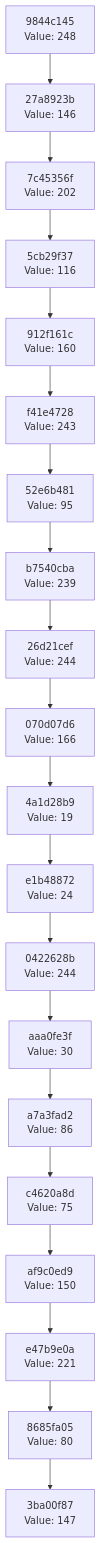
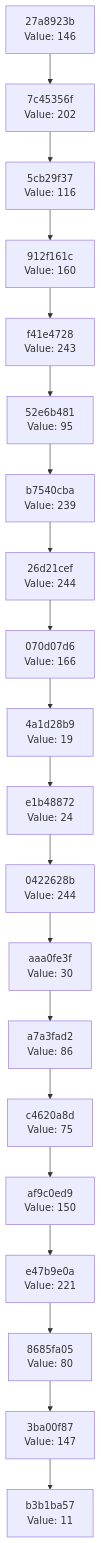
One commit to Abhisheksinha1506/hash-chain-evolver changed the diagram in docs/CHAIN_VISUALIZATION.md. Above: the diagram before and after it, drawn with Mermaid. The commit also changed 2 other files, not shown here.

Commit message:
Evolution step: hash 0x0B → action executed

````diff
--- a/docs/CHAIN_VISUALIZATION.md
+++ b/docs/CHAIN_VISUALIZATION.md
@@ -3,42 +3,42 @@
 ```mermaid
 graph TD
-    C0["3ba00f87<br/>Value: 147"]
-    C1["8685fa05<br/>Value: 80"]
+    C0["b3b1ba57<br/>Value: 11"]
+    C1["3ba00f87<br/>Value: 147"]
     C1 --> C0
-    C2["e47b9e0a<br/>Value: 221"]
+    C2["8685fa05<br/>Value: 80"]
     C2 --> C1
-    C3["af9c0ed9<br/>Value: 150"]
+    C3["e47b9e0a<br/>Value: 221"]
     C3 --> C2
-    C4["c4620a8d<br/>Value: 75"]
+    C4["af9c0ed9<br/>Value: 150"]
     C4 --> C3
-    C5["a7a3fad2<br/>Value: 86"]
+    C5["c4620a8d<br/>Value: 75"]
     C5 --> C4
-    C6["aaa0fe3f<br/>Value: 30"]
+    C6["a7a3fad2<br/>Value: 86"]
     C6 --> C5
-    C7["0422628b<br/>Value: 244"]
+    C7["aaa0fe3f<br/>Value: 30"]
     C7 --> C6
-    C8["e1b48872<br/>Value: 24"]
+    C8["0422628b<br/>Value: 244"]
     C8 --> C7
-    C9["4a1d28b9<br/>Value: 19"]
+    C9["e1b48872<br/>Value: 24"]
     C9 --> C8
-    C10["070d07d6<br/>Value: 166"]
+    C10["4a1d28b9<br/>Value: 19"]
     C10 --> C9
-    C11["26d21cef<br/>Value: 244"]
+    C11["070d07d6<br/>Value: 166"]
     C11 --> C10
-    C12["b7540cba<br/>Value: 239"]
+    C12["26d21cef<br/>Value: 244"]
     C12 --> C11
-    C13["52e6b481<br/>Value: 95"]
+    C13["b7540cba<br/>Value: 239"]
     C13 --> C12
-    C14["f41e4728<br/>Value: 243"]
+    C14["52e6b481<br/>Value: 95"]
     C14 --> C13
-    C15["912f161c<br/>Value: 160"]
+    C15["f41e4728<br/>Value: 243"]
     C15 --> C14
-    C16["5cb29f37<br/>Value: 116"]
+    C16["912f161c<br/>Value: 160"]
     C16 --> C15
-    C17["7c45356f<br/>Value: 202"]
+    C17["5cb29f37<br/>Value: 116"]
     C17 --> C16
-    C18["27a8923b<br/>Value: 146"]
+    C18["7c45356f<br/>Value: 202"]
     C18 --> C17
-    C19["9844c145<br/>Value: 248"]
+    C19["27a8923b<br/>Value: 146"]
     C19 --> C18
 ```
````
